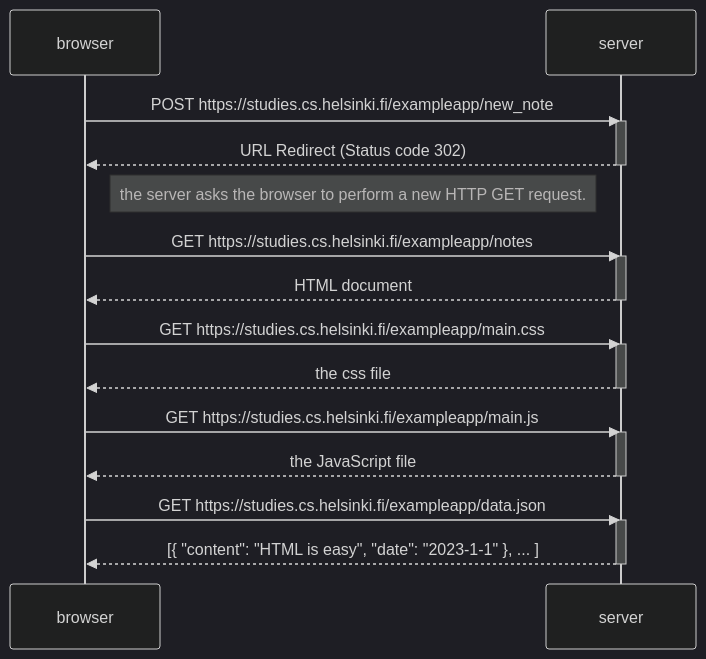
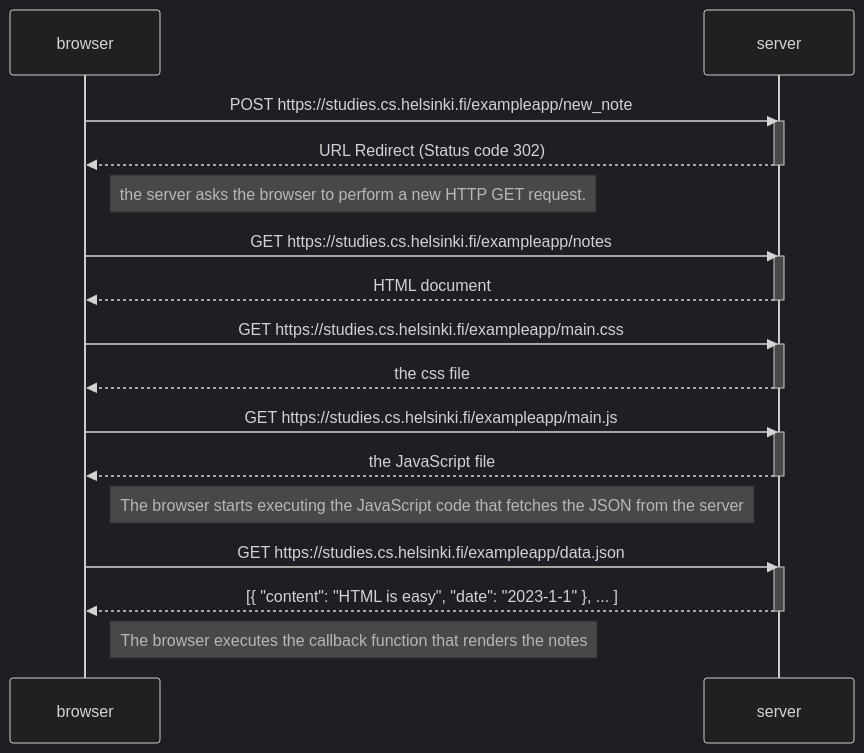
The diagram in part0/newNoteDiagram/newNoteDiagram.md (corvusjj/fso), drawn with Mermaid (dark theme) before and after one commit.

Commit message:
add notes to server response

````diff
--- a/part0/newNoteDiagram/newNoteDiagram.md
+++ b/part0/newNoteDiagram/newNoteDiagram.md
@@ -1,32 +1,36 @@
 ```mermaid
   sequenceDiagram
     participant browser
     participant server 
 
     browser->>server: POST https://studies.cs.helsinki.fi/exampleapp/new_note
     activate server
     server-->>browser: URL Redirect (Status code 302)
     deactivate server
 
     Note right of browser:  the server asks the browser to perform a new HTTP GET request.
 
     browser->>server: GET https://studies.cs.helsinki.fi/exampleapp/notes
     activate server
     server-->>browser: HTML document
     deactivate server
 
     browser->>server: GET https://studies.cs.helsinki.fi/exampleapp/main.css
     activate server
     server-->>browser: the css file
     deactivate server
 
     browser->>server: GET https://studies.cs.helsinki.fi/exampleapp/main.js
     activate server
     server-->>browser: the JavaScript file
     deactivate server
 
-     browser->>server: GET https://studies.cs.helsinki.fi/exampleapp/data.json
+    Note right of browser: The browser starts executing the JavaScript code that fetches the JSON from the server
+
+    browser->>server: GET https://studies.cs.helsinki.fi/exampleapp/data.json
     activate server
     server-->>browser: [{ "content": "HTML is easy", "date": "2023-1-1" }, ... ]
     deactivate server
+
+    Note right of browser: The browser executes the callback function that renders the notes
 ```
````
